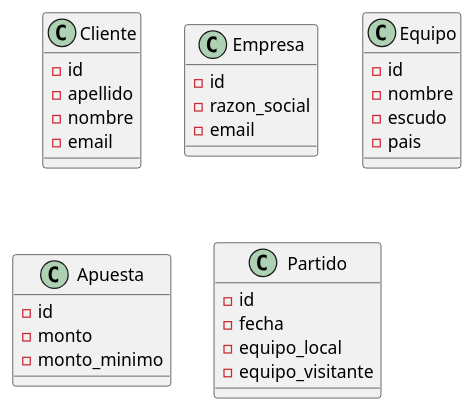
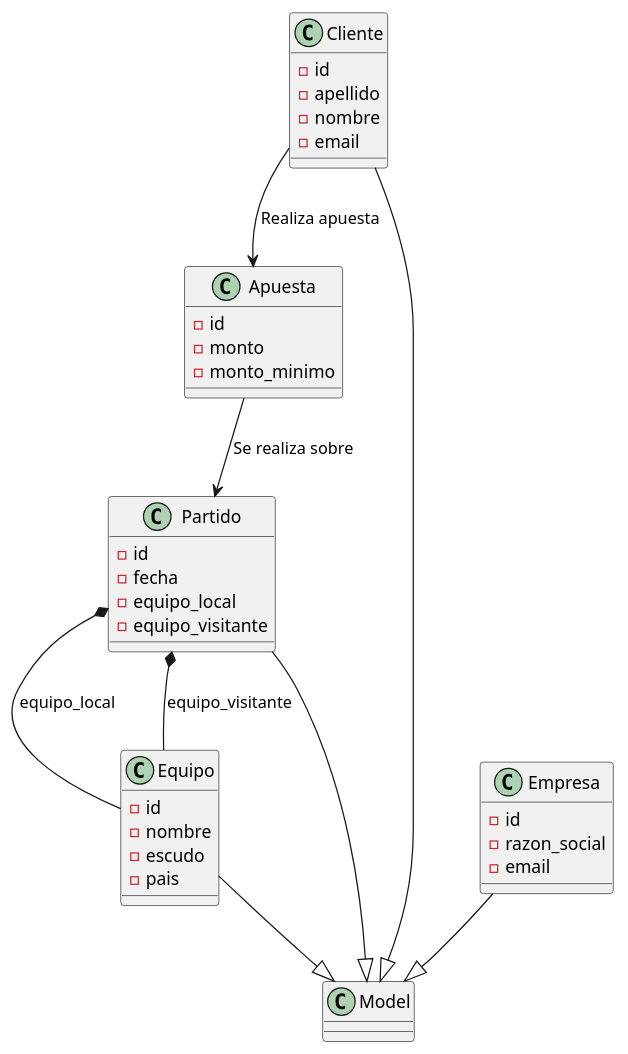
The diagram in docs/diagrama_de_clases.puml (santiagomoyan0/Bookmaker-DS), drawn with PlantUML before and after one commit. The commit also changed 32 other files, not shown here.

Commit message:
añadi schema y varias

```diff
--- a/docs/diagrama_de_clases.puml
+++ b/docs/diagrama_de_clases.puml
@@ -1,37 +1,46 @@
 @startuml:
 class Cliente {
     - id
     - apellido
     - nombre 
     - email
 }
 
 class Empresa {
     - id
     - razon_social
     - email
 }
 
 class Equipo {
     - id
     - nombre
     - escudo
     - pais
 }
 
 
 class Apuesta {
     - id
     - monto 
     - monto_minimo
 }
 
 class Partido {
     - id
     - fecha
     - equipo_local
     - equipo_visitante
     
 }
 
+Partido *-- Equipo: equipo_local
+Partido *-- Equipo: equipo_visitante
+Cliente --> Apuesta: Realiza apuesta
+Cliente --|> Model
+Empresa --|> Model
+Equipo --|> Model
+Partido --|> Model
+Apuesta --> Partido: Se realiza sobre
+
 @enduml
```
